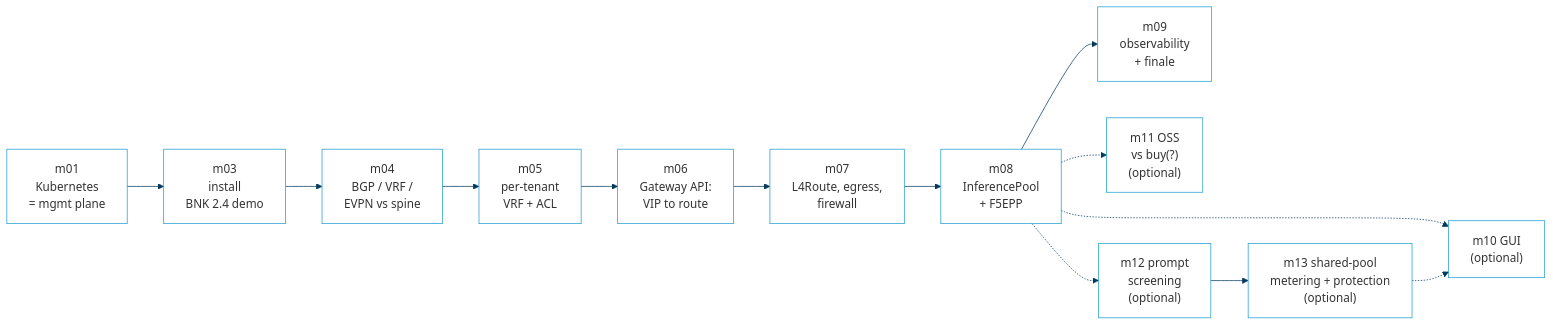
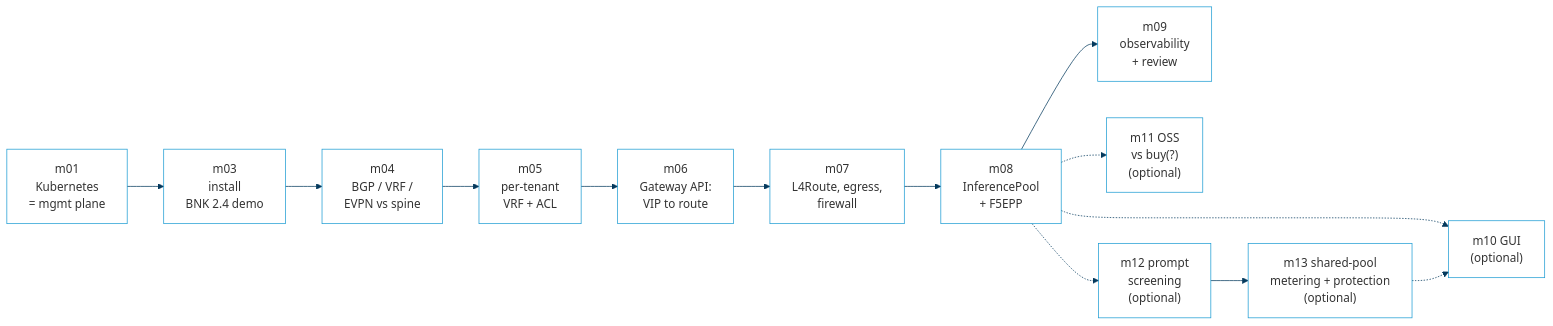
Before and after one commit to shsingh/ai-infra-for-neteng: the third of 5 diagrams in docs/lab-environment.md, drawn with Mermaid. The commit also changed other lines of this file and 34 other files, not shown here.

````diff
--- a/docs/lab-environment.md
+++ b/docs/lab-environment.md
@@ -49,16 +49,16 @@
 ```mermaid
 %%{init: {"theme":"base","themeVariables":{"primaryColor":"transparent","primaryBorderColor":"#1d9cd3","lineColor":"#04395d","clusterBkg":"transparent","clusterBorder":"#04395d","fontFamily":"-apple-system, Segoe UI, Roboto, sans-serif"},"flowchart":{"curve":"basis"}}}%%
 graph LR
   M1["m01<br/>Kubernetes<br/>= mgmt plane"] --> M3["m03<br/>install<br/>BNK 2.4 demo"]
   M3 --> M4["m04<br/>BGP / VRF /<br/>EVPN vs spine"]
   M4 --> M5["m05<br/>per-tenant<br/>VRF + ACL"]
   M5 --> M6["m06<br/>Gateway API:<br/>VIP to route"]
   M6 --> M7["m07<br/>L4Route, egress,<br/>firewall"]
   M7 --> M8["m08<br/>InferencePool<br/>+ F5EPP"]
-  M8 --> M9["m09<br/>observability<br/>+ finale"]
+  M8 --> M9["m09<br/>observability<br/>+ review"]
   M8 -.-> M10["m10 GUI<br/>(optional)"]
   M8 -.-> M11["m11 OSS<br/>vs buy(?)<br/>(optional)"]
   M8 -.-> M12["m12 prompt<br/>screening<br/>(optional)"]
   M12 --> M13["m13 shared-pool<br/>metering + protection<br/>(optional)"]
   M13 -.-> M10
 ```
````
